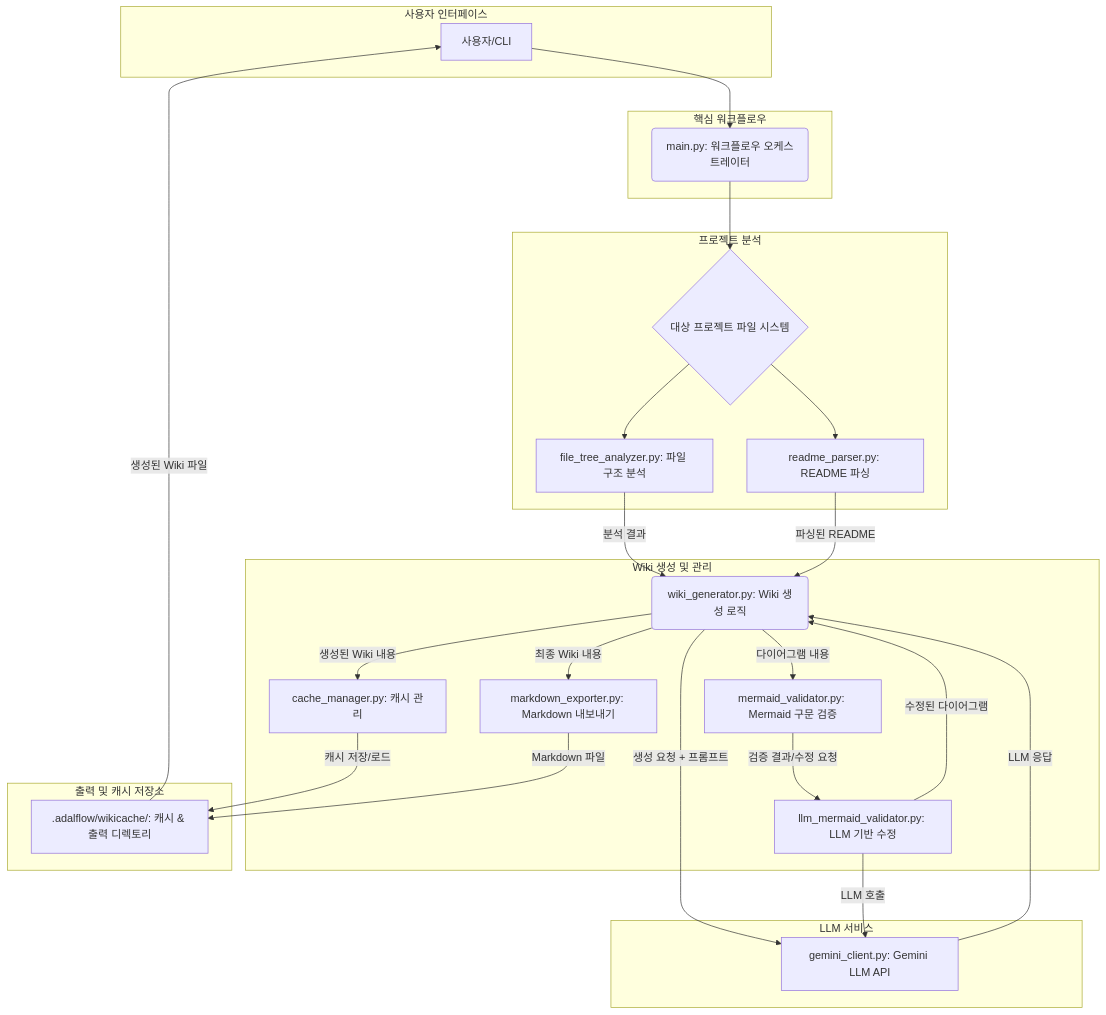
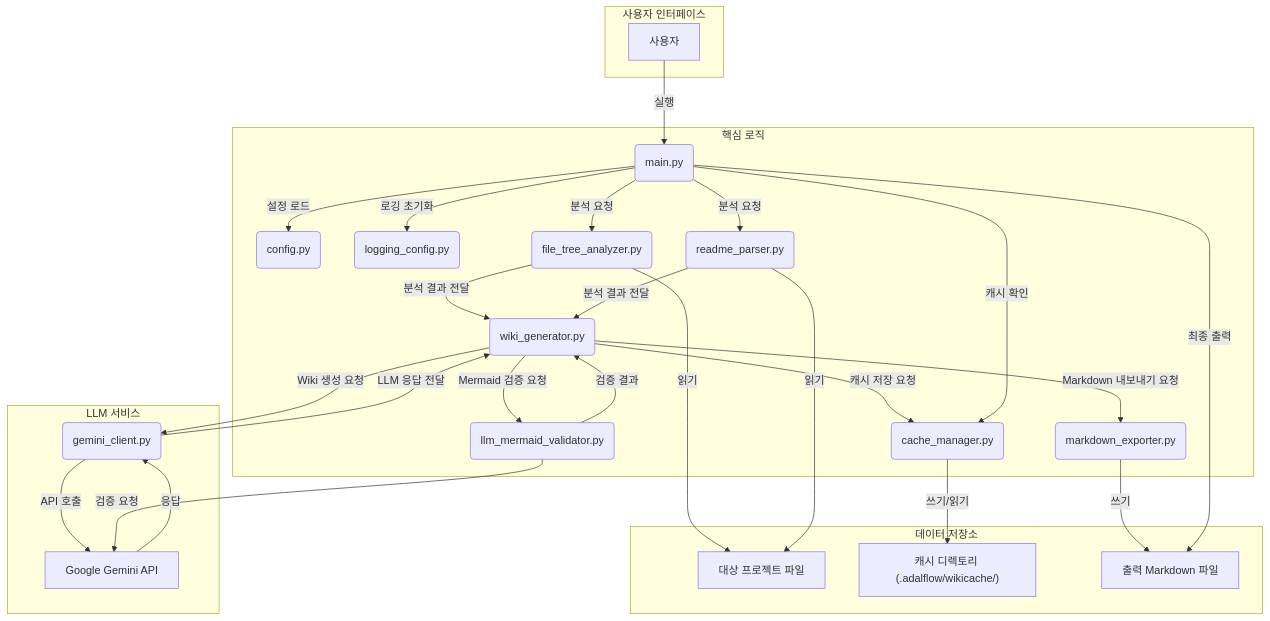
Before and after one commit to woosikseol/deepwiki-open: the first of 3 diagrams in python_kb/.adalflow/wikicache/python_kb/project_structure.md, drawn with Mermaid. The commit also changed other lines of this file and 30 other files, not shown here.

Commit message:
llm mermaid validation

````diff
--- a/python_kb/.adalflow/wikicache/python_kb/project_structure.md
+++ b/python_kb/.adalflow/wikicache/python_kb/project_structure.md
@@ -81,56 +76,51 @@
 ```mermaid
 graph TD
-    subgraph 사용자 인터페이스
-        A["사용자/CLI"]
+    subgraph "사용자 인터페이스"
+        A["사용자"]
     end
 
-    subgraph 핵심 워크플로우
-        B("main.py: 워크플로우 오케스트레이터")
+    subgraph "핵심 로직"
+        B(main.py)
+        C(config.py)
+        D(logging_config.py)
+        E(file_tree_analyzer.py)
+        F(readme_parser.py)
+        G(wiki_generator.py)
+        H(cache_manager.py)
+        I(markdown_exporter.py)
+        J(llm_mermaid_validator.py)
     end
 
-    subgraph 프로젝트 분석
-        C{"대상 프로젝트 파일 시스템"}
-        D["file_tree_analyzer.py: 파일 구조 분석"]
-        E["readme_parser.py: README 파싱"]
+    subgraph "LLM 서비스"
+        K(gemini_client.py)
+        L[Google Gemini API]
     end
 
-    subgraph LLM 서비스
-        F["gemini_client.py: Gemini LLM API"]
+    subgraph "데이터 저장소"
+        M["대상 프로젝트 파일"]
+        N["캐시 디렉토리 (.adalflow/wikicache/)"]
+        O["출력 Markdown 파일"]
     end
 
-    subgraph Wiki 생성 및 관리
-        G("wiki_generator.py: Wiki 생성 로직")
-        H["cache_manager.py: 캐시 관리"]
-        I["markdown_exporter.py: Markdown 내보내기"]
-        J["mermaid_validator.py: Mermaid 구문 검증"]
-        K["llm_mermaid_validator.py: LLM 기반 수정"]
-    end
-
-    subgraph 출력 및 캐시 저장소
-        L[".adalflow/wikicache/: 캐시 & 출력 디렉토리"]
-    end
-
-    A --> B
-    B --> C
-    C --> D
-    C --> E
-
-    D -- "분석 결과" --> G
-    E -- "파싱된 README" --> G
-
-    G -- "생성 요청 + 프롬프트" --> F
-    F -- "LLM 응답" --> G
-
-    G -- "생성된 Wiki 내용" --> H
-    H -- "캐시 저장/로드" --> L
-
-    G -- "최종 Wiki 내용" --> I
-    I -- "Markdown 파일" --> L
-
-    G -- "다이어그램 내용" --> J
-    J -- "검증 결과/수정 요청" --> K
-    K -- "LLM 호출" --> F
-    K -- "수정된 다이어그램" --> G
-
-    L -- "생성된 Wiki 파일" --> A
+    A -- "실행" --> B
+    B -- "설정 로드" --> C
+    B -- "로깅 초기화" --> D
+    B -- "분석 요청" --> E
+    B -- "분석 요청" --> F
+    E -- "읽기" --> M
+    F -- "읽기" --> M
+    E & F -- "분석 결과 전달" --> G
+    G -- "Wiki 생성 요청" --> K
+    K -- "API 호출" --> L
+    L -- "응답" --> K
+    K -- "LLM 응답 전달" --> G
+    G -- "캐시 저장 요청" --> H
+    H -- "쓰기/읽기" --> N
+    G -- "Mermaid 검증 요청" --> J
+    J -- "검증 요청" --> L
+    J -- "검증 결과" --> G
+    G -- "Markdown 내보내기 요청" --> I
+    I -- "쓰기" --> O
+    B -- "캐시 확인" --> H
+    B -- "최종 출력" --> O
 ```
````
